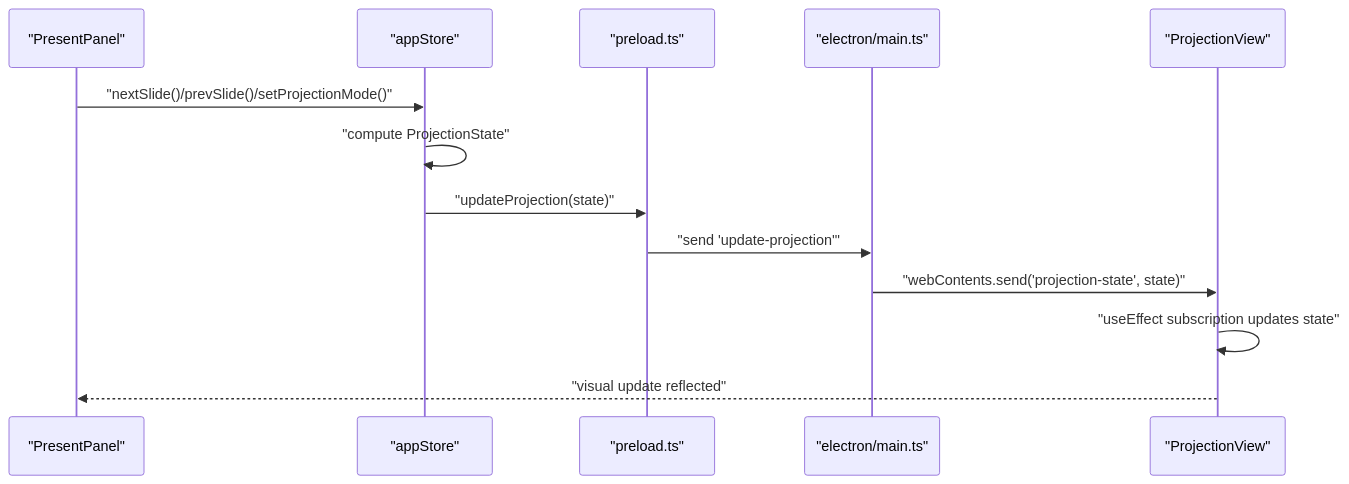
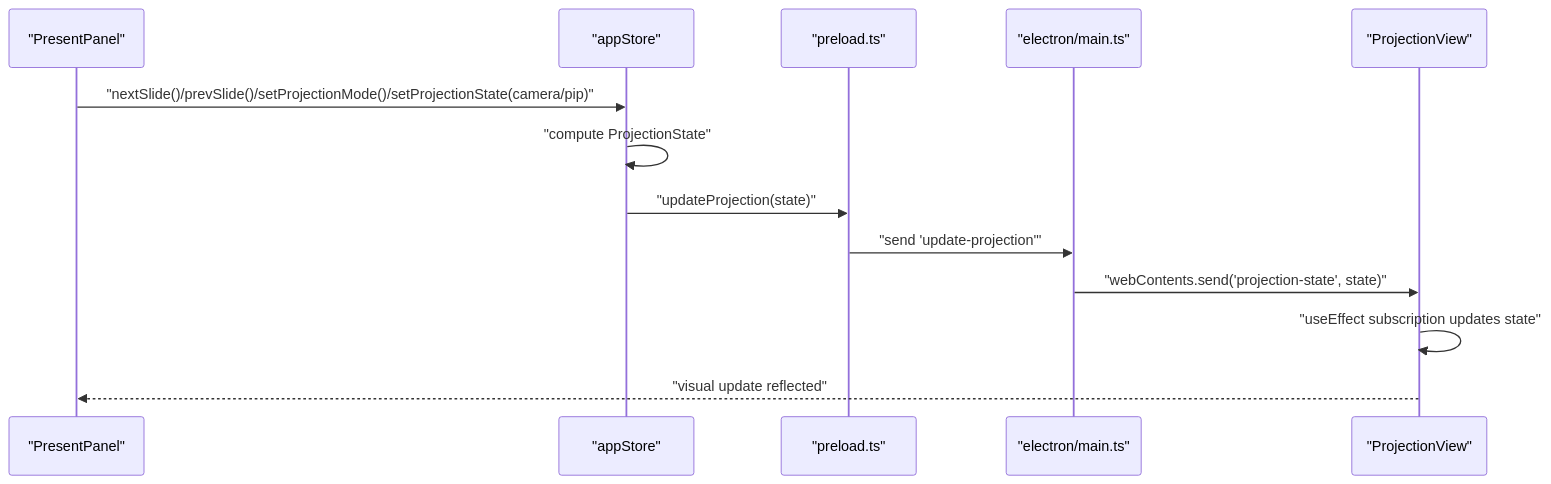
One commit to jimmywyk/lyricdeck changed the sixth of 8 diagrams in .qoder/repowiki/en/content/Core Features/Live Presentation Engine.md. Above: the diagram before and after it, drawn with Mermaid. The commit also changed other lines of this file and 5 other files, not shown here.

````diff
--- a/.qoder/repowiki/en/content/Core Features/Live Presentation Engine.md
+++ b/.qoder/repowiki/en/content/Core Features/Live Presentation Engine.md
@@ -280,15 +346,15 @@
 ```mermaid
 sequenceDiagram
 participant Panel as "PresentPanel"
 participant Store as "appStore"
 participant Preload as "preload.ts"
 participant Main as "electron/main.ts"
 participant Proj as "ProjectionView"
-Panel->>Store : "nextSlide()/prevSlide()/setProjectionMode()"
+Panel->>Store : "nextSlide()/prevSlide()/setProjectionMode()/setProjectionState(camera/pip)"
 Store->>Store : "compute ProjectionState"
 Store->>Preload : "updateProjection(state)"
 Preload->>Main : "send 'update-projection'"
 Main->>Proj : "webContents.send('projection-state', state)"
 Proj->>Proj : "useEffect subscription updates state"
 Proj-->>Panel : "visual update reflected"
 ```
````
